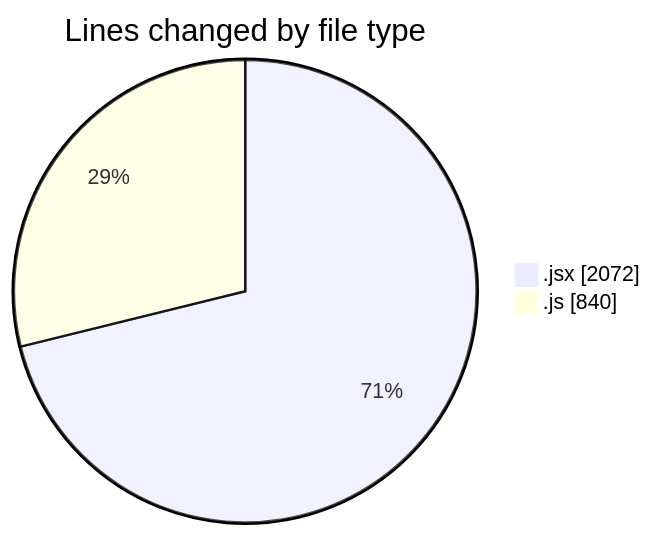
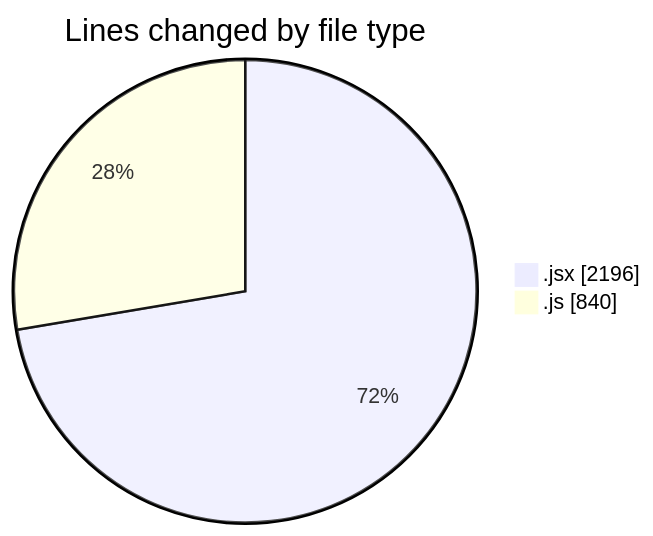
One commit to nxtqubesakshisongat/code-tracking changed the first of 2 diagrams in 2025-06-28/argos/README.md. Above: the diagram before and after it, drawn with Mermaid. The commit also changed other lines of this file and 1 other file, not shown here.

````diff
--- a/2025-06-28/argos/README.md
+++ b/2025-06-28/argos/README.md
@@ -26,6 +26,6 @@
 ```mermaid
 pie showData
 title Lines changed by file type
-".jsx" : 2072
+".jsx" : 2196
 ".js" : 840
 ```
````
